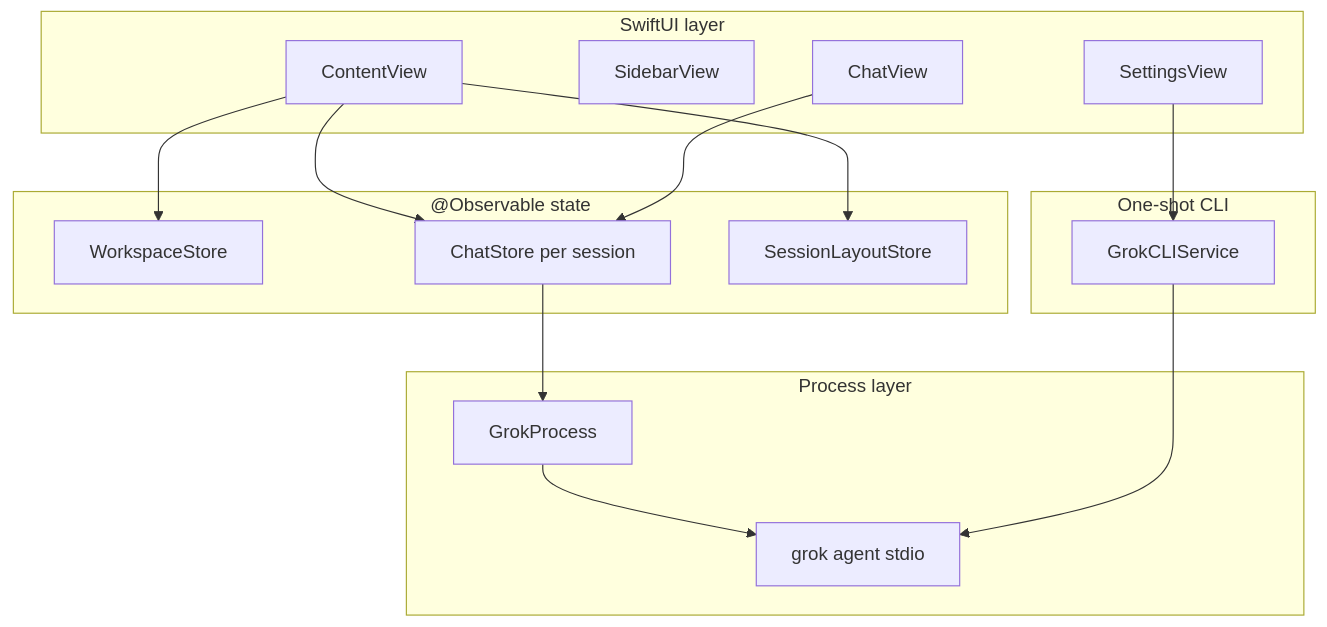
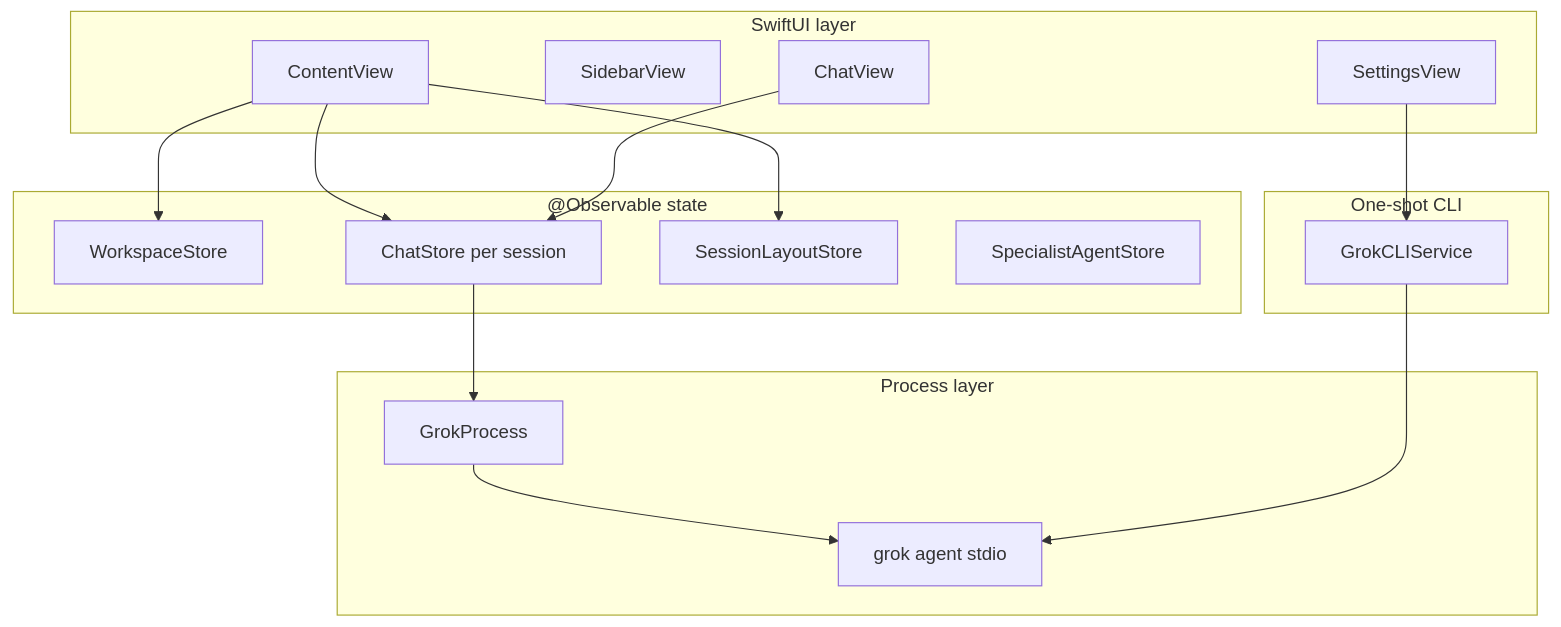
Before and after one commit to rimusz/grok-build-desktop: the first of 2 diagrams in ARCHITECTURE.md, drawn with Mermaid. The commit also changed other lines of this file and 3 other files, not shown here.

First line of the commit message:
Add a durable specialist-agent roster store.

````diff
--- a/ARCHITECTURE.md
+++ b/ARCHITECTURE.md
@@ -152,33 +152,34 @@
 ```mermaid
 flowchart TB
     subgraph UI["SwiftUI layer"]
         CV[ContentView]
         SV[SidebarView]
         CHV[ChatView]
         STV[SettingsView]
     end
 
     subgraph State["@Observable state"]
         WS[WorkspaceStore]
         CS[ChatStore per session]
         SL[SessionLayoutStore]
+        SAS[SpecialistAgentStore]
     end
 
     subgraph Process["Process layer"]
         GP[GrokProcess]
         CLI["grok agent stdio"]
     end
 
     subgraph OneShot["One-shot CLI"]
         GCS[GrokCLIService]
     end
 
     CV --> WS
     CV --> CS
     CV --> SL
     CHV --> CS
     CS --> GP
     GP --> CLI
     STV --> GCS
     GCS --> CLI
 ```
````
